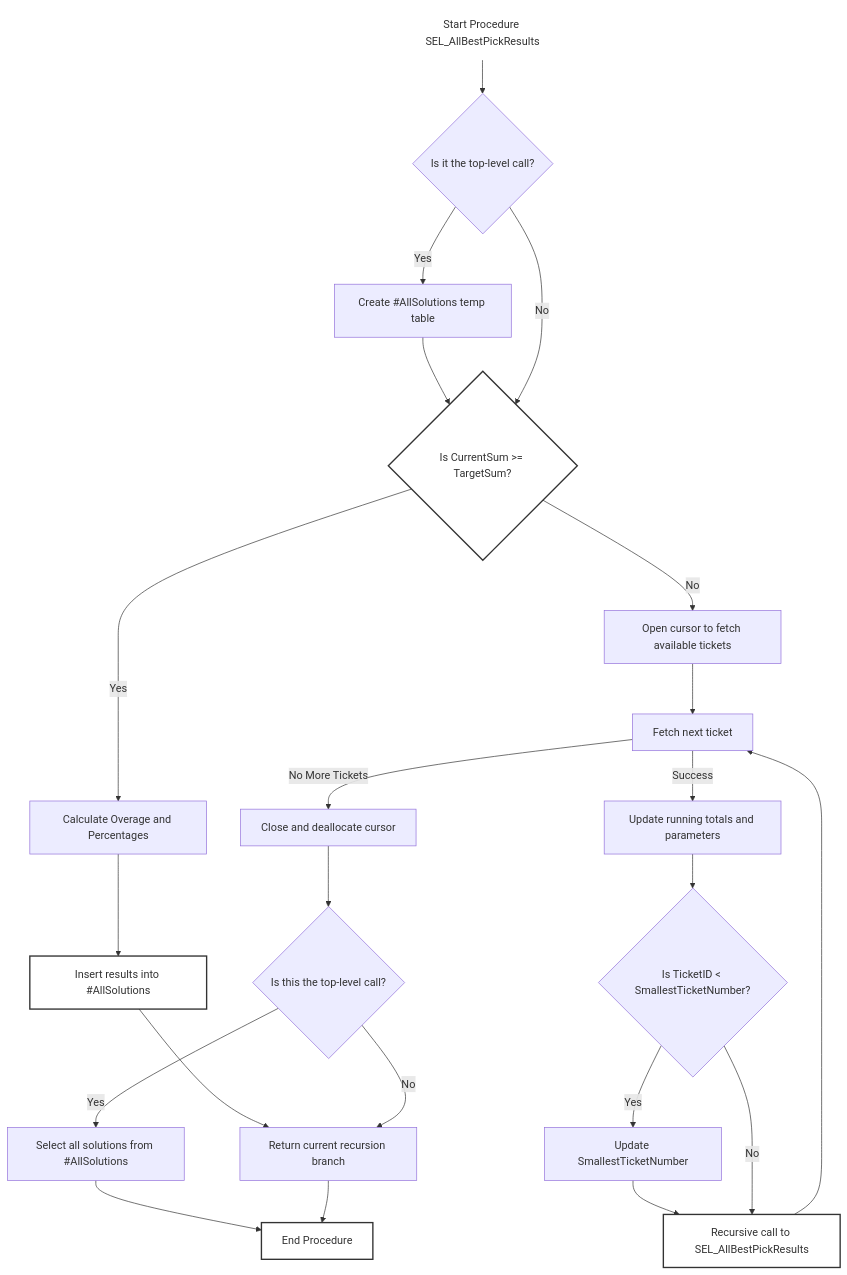
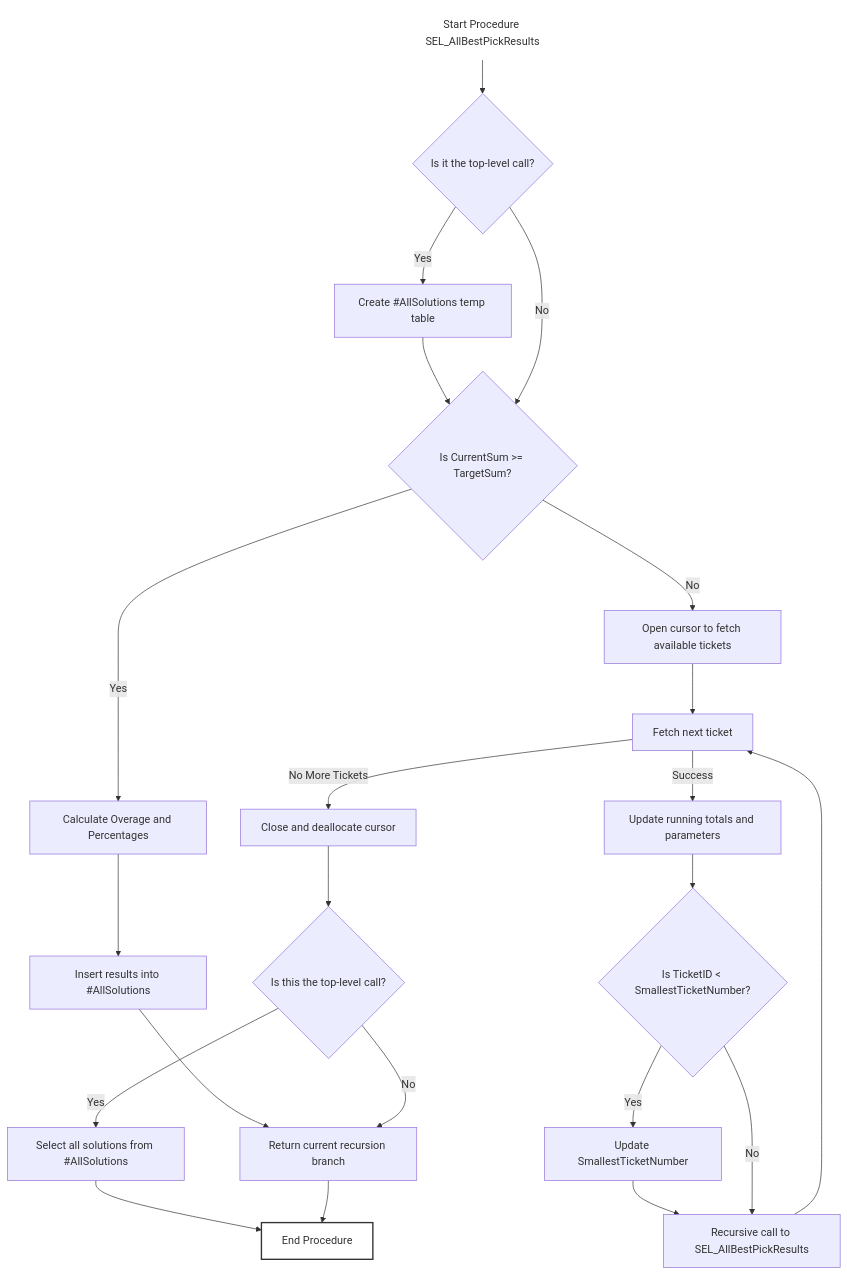
The diagram in README.md (mellron/corptreasury), drawn with Mermaid before and after one commit.

````diff
--- a/README.md
+++ b/README.md
@@ -28,30 +28,28 @@
 ```mermaid
 flowchart TD
     Start["Start Procedure SEL_AllBestPickResults"] --> CheckTopLevel{"Is it the top-level call?"}
     CheckTopLevel -- Yes --> CreateTempTable["Create #AllSolutions temp table"]
     CreateTempTable --> CheckBaseCase{"Is CurrentSum >= TargetSum?"}
     CheckTopLevel -- No --> CheckBaseCase
     CheckBaseCase -- Yes --> CalculateMetrics["Calculate Overage and Percentages"]
     CalculateMetrics --> InsertSolution["Insert results into #AllSolutions"]
     InsertSolution --> ReturnBranch["Return current recursion branch"]
     CheckBaseCase -- No --> OpenCursor["Open cursor to fetch available tickets"]
     OpenCursor --> FetchNextTicket["Fetch next ticket"]
     FetchNextTicket -- Success --> UpdateVariables["Update running totals and parameters"]
     UpdateVariables --> CheckSmallestTicket{"Is TicketID &lt; SmallestTicketNumber?"}
     CheckSmallestTicket -- Yes --> UpdateSmallest["Update SmallestTicketNumber"]
     UpdateSmallest --> RecursiveCall["Recursive call to SEL_AllBestPickResults"]
     CheckSmallestTicket -- No --> RecursiveCall
     RecursiveCall --> FetchNextTicket
     FetchNextTicket -- No More Tickets --> CloseCursor["Close and deallocate cursor"]
     CloseCursor --> CheckTopLevelEnd{"Is this the top-level call?"}
     CheckTopLevelEnd -- Yes --> SelectSolutions["Select all solutions from #AllSolutions"]
     SelectSolutions --> End["End Procedure"]
     CheckTopLevelEnd -- No --> ReturnBranch
     ReturnBranch --> End
 
     style Start fill:#FFFFFF,stroke:#FFFFFF,stroke-width:2px
-    style CheckBaseCase fill:#FFFFFF,stroke:#333,stroke-width:2px
-    style InsertSolution fill:#FFFFFF,stroke:#333,stroke-width:2px
-    style RecursiveCall fill:#FFFFFF,stroke:#333,stroke-width:2px
+
     style End fill:#FFFFFF,stroke:#333,stroke-width:2px
 ```
````
